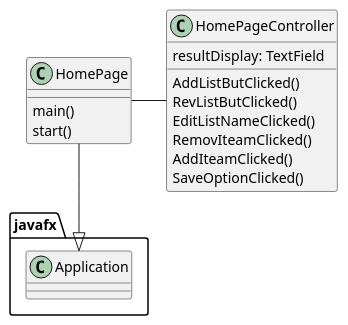
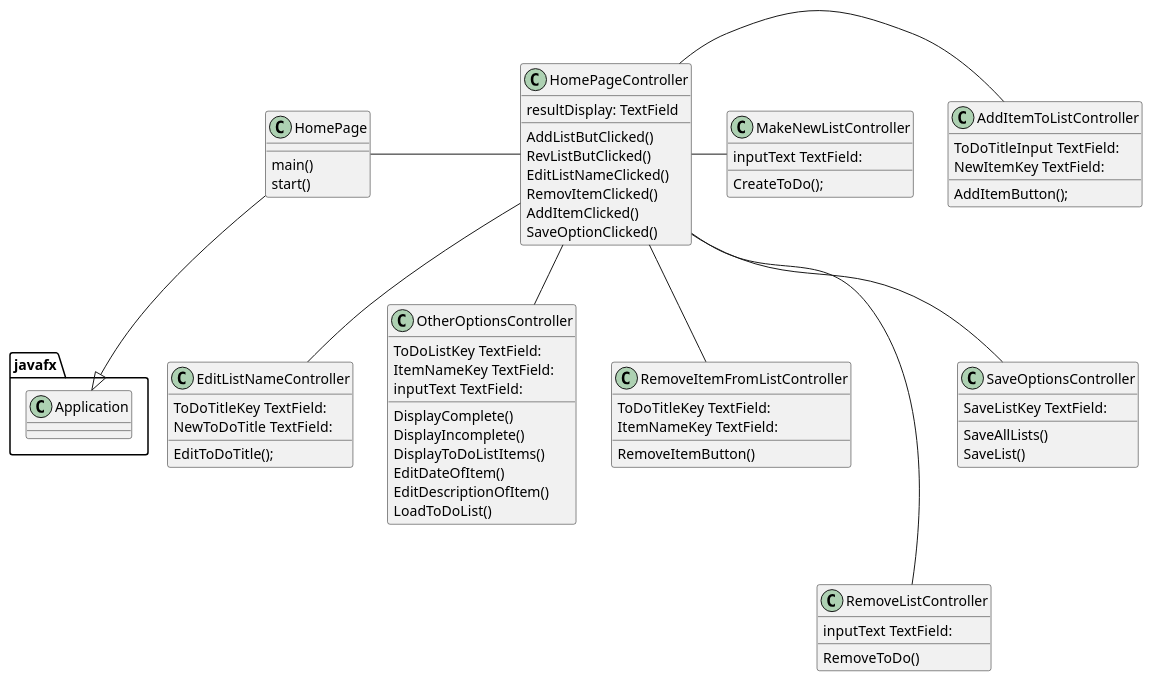
Before and after one commit to ErikDokken2/dokken-cop3330-assignmnet4: the diagram in uml/Class Diagrams.puml, drawn with PlantUML. The commit also changed 8 other files, not shown here.

```diff
--- a/uml/Class Diagrams.puml
+++ b/uml/Class Diagrams.puml
@@ -1,23 +1,82 @@
 @startuml
 'https://plantuml.com/class-diagram
 
 class HomePage{
 main()
 start()
 
 }
 
 class HomePageController{
     resultDisplay: TextField
     AddListButClicked()
     RevListButClicked()
     EditListNameClicked()
-    RemovIteamClicked()
-    AddIteamClicked()
+    RemovItemClicked()
+    AddItemClicked()
     SaveOptionClicked()
+}
+
+class AddItemToListController{
+ToDoTitleInput TextField:
+NewItemKey TextField:
+
+AddItemButton();
+}
+
+class EditListNameController{
+ToDoTitleKey TextField:
+NewToDoTitle TextField:
+
+EditToDoTitle();
+}
+
+class MakeNewListController{
+inputText TextField:
+
+CreateToDo();
+}
+
+class OtherOptionsController{
+ToDoListKey TextField:
+ItemNameKey TextField:
+inputText TextField:
+
+DisplayComplete()
+DisplayIncomplete()
+DisplayToDoListItems()
+EditDateOfItem()
+EditDescriptionOfItem()
+LoadToDoList()
+
+}
+class RemoveItemFromListController{
+ToDoTitleKey TextField:
+ItemNameKey TextField:
+
+RemoveItemButton()
+}
+
+class RemoveListController{
+inputText TextField:
+
+RemoveToDo()
+}
+class SaveOptionsController{
+SaveListKey TextField:
+
+SaveAllLists()
+SaveList()
 }
 
 HomePage --|> javafx.Application
 
 HomePage - HomePageController
+HomePageController - AddItemToListController
+HomePageController -- EditListNameController
+HomePageController - MakeNewListController
+HomePageController -- RemoveItemFromListController
+HomePageController -- OtherOptionsController
+HomePageController --- RemoveListController
+HomePageController -- SaveOptionsController
 @enduml
```
